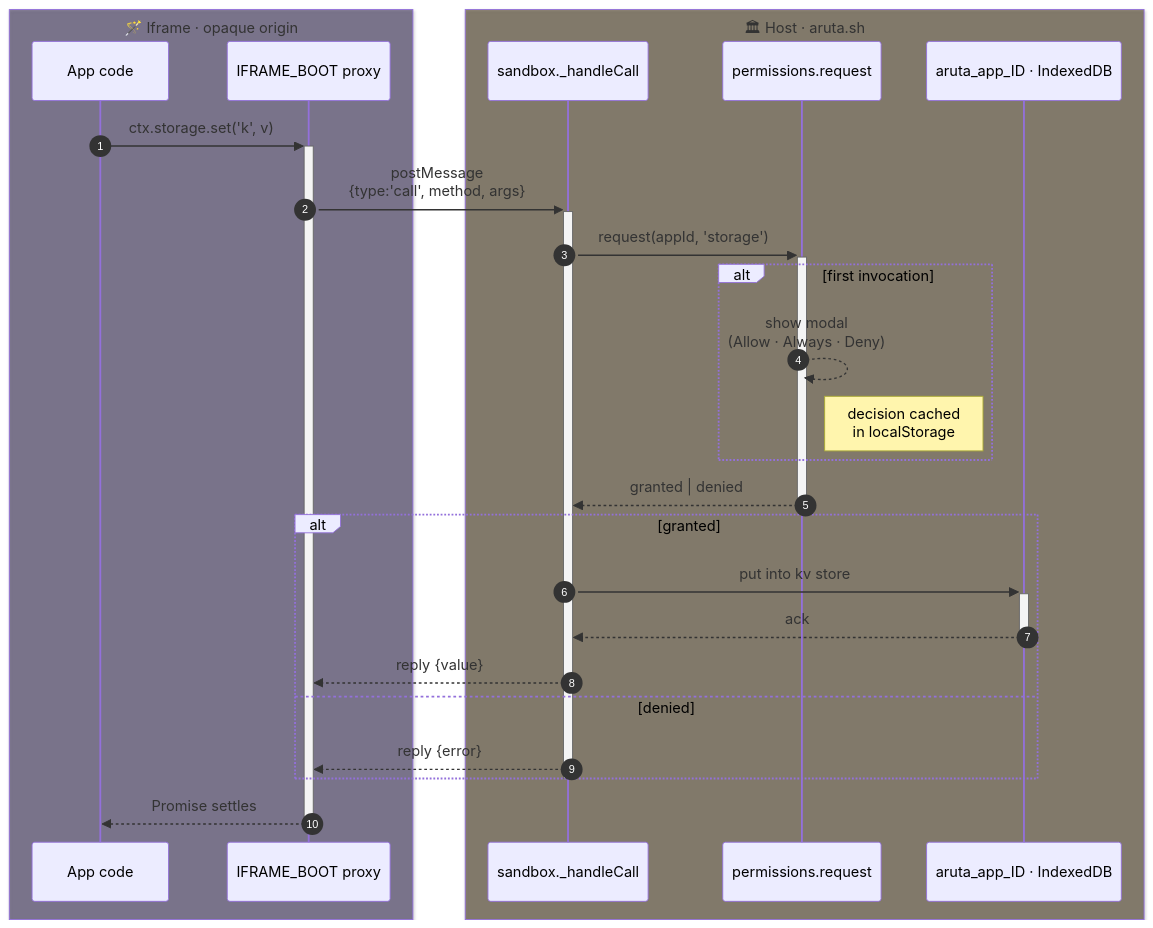
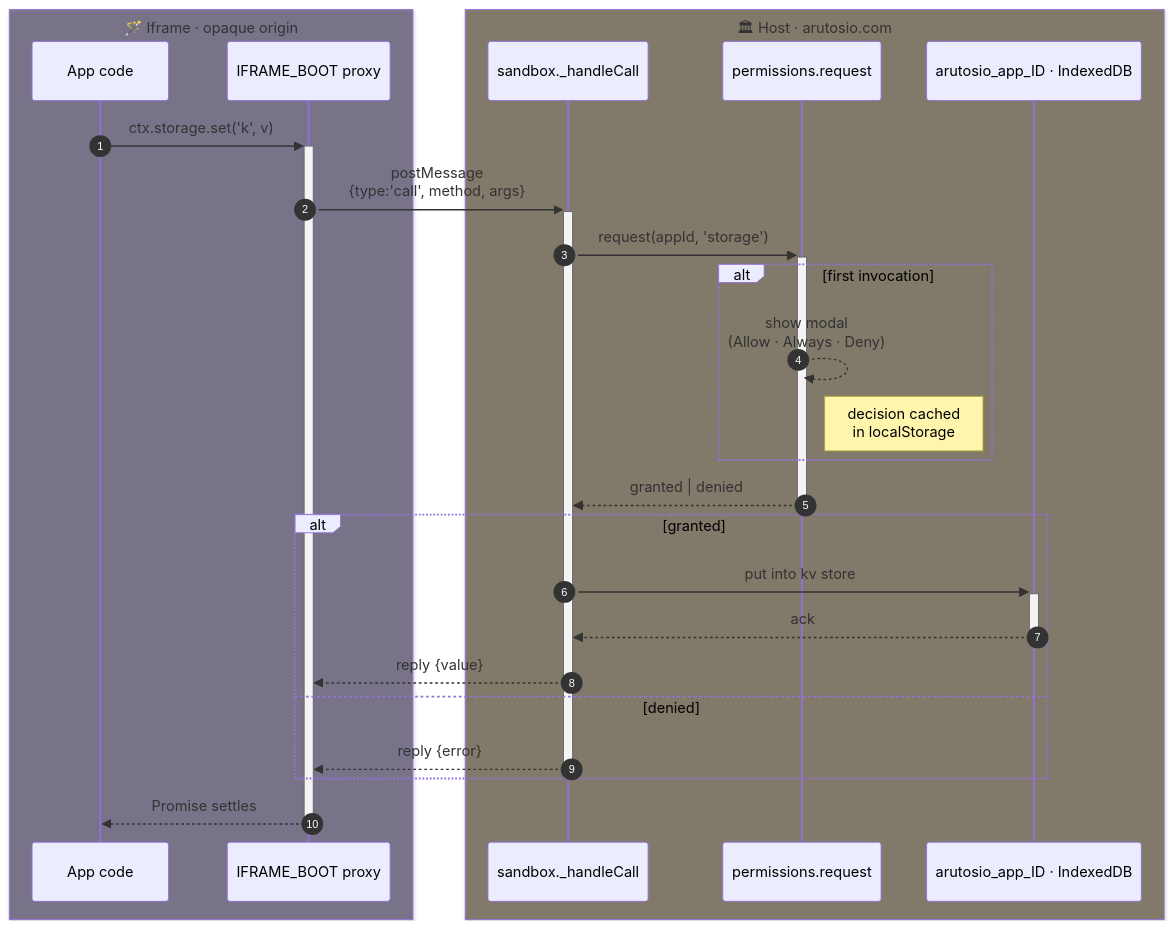
The second of 2 diagrams in docs/architecture.md (Arutosio/arutosio.com), drawn with Mermaid before and after one commit. The commit also changed other lines of this file and 99 other files, not shown here.

````diff
--- a/docs/architecture.md
+++ b/docs/architecture.md
@@ -61,63 +61,63 @@
 ```mermaid
 %%{init: {
   "theme": "base",
   "themeVariables": {
     "fontFamily": "Georgia, 'IM Fell English', serif",
     "fontSize": "13px",
     "primaryColor": "#2a1f4a",
     "primaryTextColor": "#ede5ff",
     "primaryBorderColor": "#a78bfa",
     "lineColor": "#ffc857",
     "actorBkg": "#2a1f4a",
     "actorBorder": "#ffc857",
     "actorTextColor": "#ffe4a0",
     "actorLineColor": "#ffc857",
     "signalColor": "#ffe4a0",
     "signalTextColor": "#ffe4a0",
     "labelBoxBkgColor": "#3b2a5c",
     "labelBoxBorderColor": "#ffc857",
     "labelTextColor": "#ffe4a0",
     "loopTextColor": "#ffe4a0",
     "noteBkgColor": "#3a2a0f",
     "noteTextColor": "#ffd8b0",
     "noteBorderColor": "#fb923c",
     "altBackground": "#0f2e1a",
     "sequenceNumberColor": "#1a0f2e",
     "activationBkgColor": "#a78bfa",
     "activationBorderColor": "#ffc857"
   }
 }}%%
 sequenceDiagram
     autonumber
     box rgba(42,31,74,0.55) 🪄 Iframe · opaque origin
     participant App as App code
     participant Boot as IFRAME_BOOT proxy
     end
-    box rgba(58,42,15,0.55) 🏛 Host · aruta.sh
+    box rgba(58,42,15,0.55) 🏛 Host · arutosio.com
     participant Host as sandbox._handleCall
     participant Perm as permissions.request
-    participant IDB as aruta_app_ID · IndexedDB
+    participant IDB as arutosio_app_ID · IndexedDB
     end
 
     App->>+Boot: ctx.storage.set('k', v)
     Boot->>+Host: postMessage<br/>{type:'call', method, args}
     Host->>+Perm: request(appId, 'storage')
 
     alt first invocation
         Perm-->>Perm: show modal<br/>(Allow · Always · Deny)
         Note right of Perm: decision cached<br/>in localStorage
     end
 
     Perm-->>-Host: granted | denied
 
     alt granted
         Host->>+IDB: put into kv store
         IDB-->>-Host: ack
         Host-->>Boot: reply {value}
     else denied
         Host-->>Boot: reply {error}
     end
     deactivate Host
 
     Boot-->>-App: Promise settles
 ```
````
